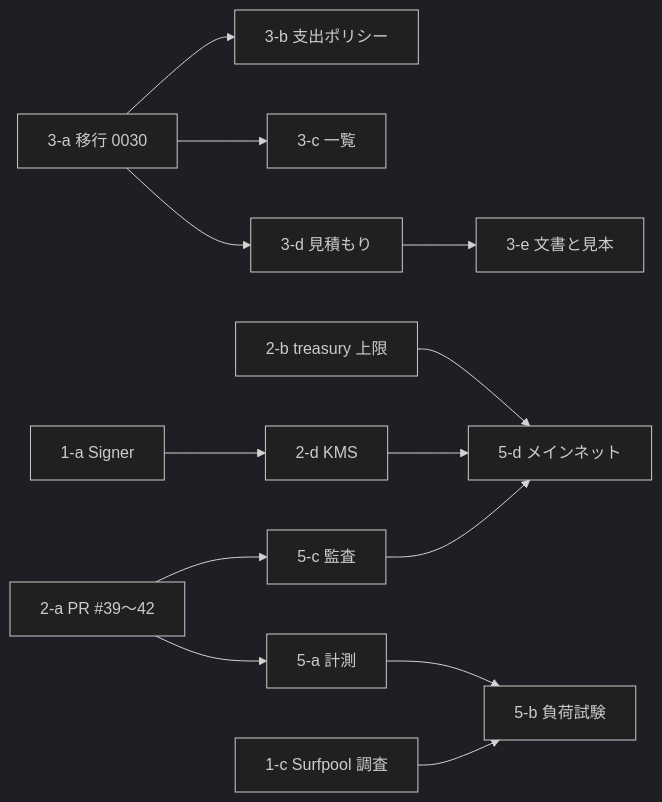
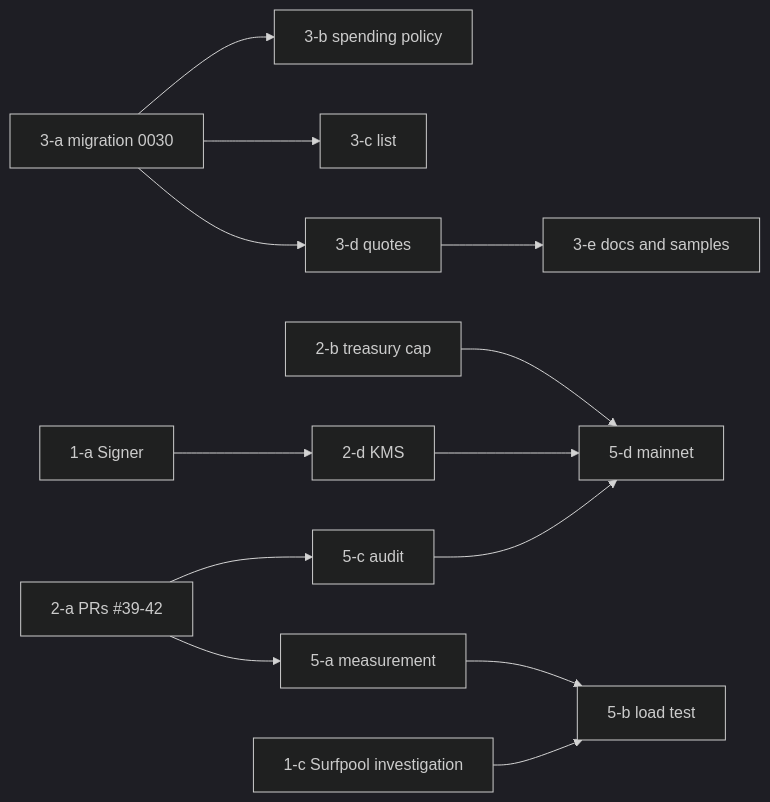
One commit to shoripanda/proofmarket changed the diagram in docs/architecture/11-implementation-roadmap.md. Above: the diagram before and after it, drawn with Mermaid (dark theme). The commit also changed other lines of this file and 17 other files, not shown here.

First line of the commit message:
docs: translate the top-level files and docs/architecture into English

````diff
--- a/docs/architecture/11-implementation-roadmap.md
+++ b/docs/architecture/11-implementation-roadmap.md
@@ -77,15 +77,15 @@
 ```mermaid
 flowchart LR
-  A3a["3-a 移行 0030"] --> A3b["3-b 支出ポリシー"]
-  A3a --> A3c["3-c 一覧"]
-  A3a --> A3d["3-d 見積もり"]
-  A3d --> A3e["3-e 文書と見本"]
+  A3a["3-a migration 0030"] --> A3b["3-b spending policy"]
+  A3a --> A3c["3-c list"]
+  A3a --> A3d["3-d quotes"]
+  A3d --> A3e["3-e docs and samples"]
   A1a["1-a Signer"] --> A2d["2-d KMS"]
-  A2a["2-a PR #39〜42"] --> A5a["5-a 計測"]
-  A5a --> A5b["5-b 負荷試験"]
-  A1c["1-c Surfpool 調査"] --> A5b
-  A2a --> A5c["5-c 監査"]
-  A2b["2-b treasury 上限"] --> A5d["5-d メインネット"]
+  A2a["2-a PRs #39-42"] --> A5a["5-a measurement"]
+  A5a --> A5b["5-b load test"]
+  A1c["1-c Surfpool investigation"] --> A5b
+  A2a --> A5c["5-c audit"]
+  A2b["2-b treasury cap"] --> A5d["5-d mainnet"]
   A2d --> A5d
   A5c --> A5d
 ```
````
